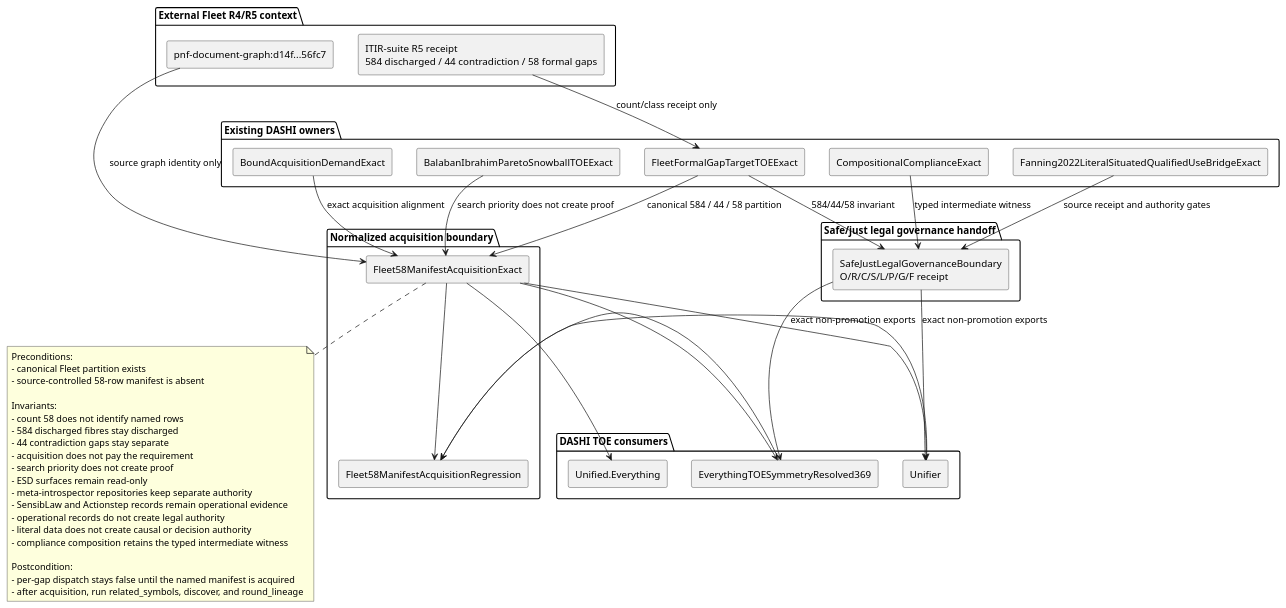
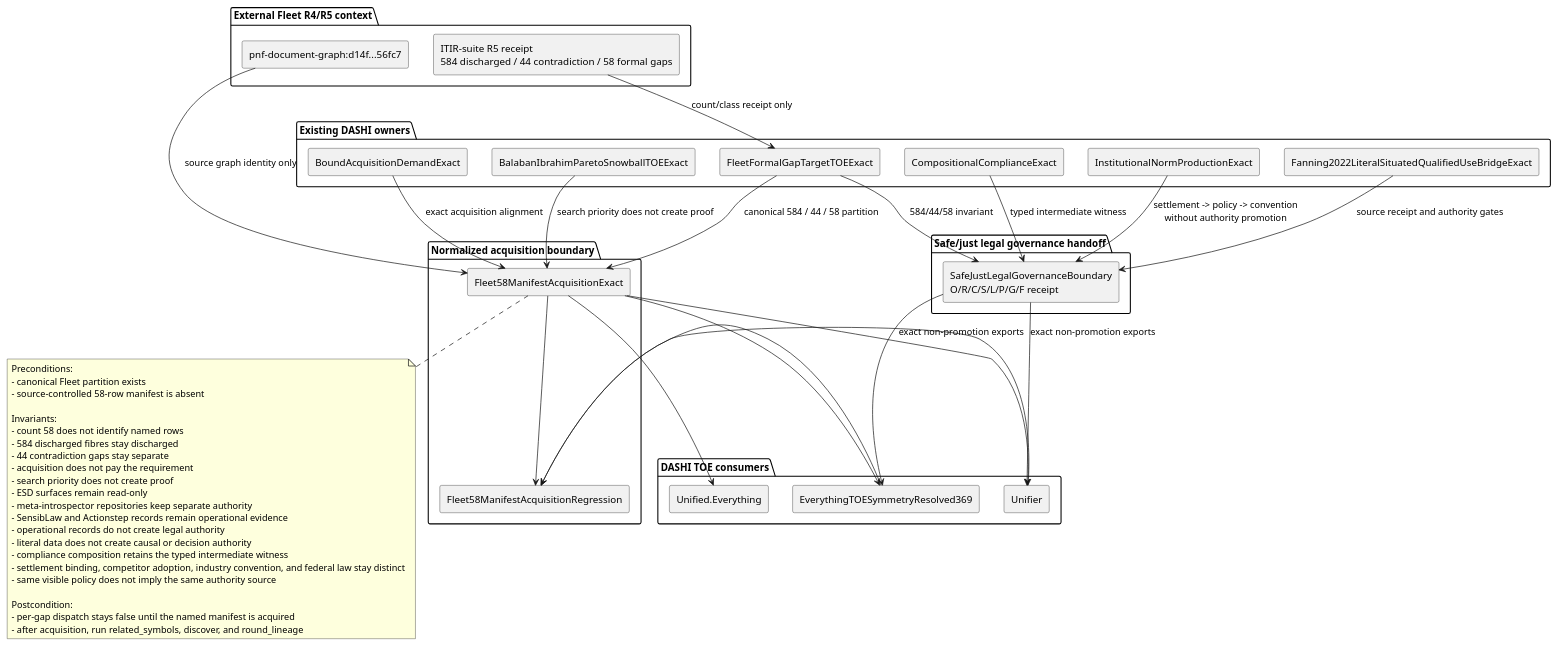
The diagram in Docs/architecture/Fleet58ManifestAcquisitionTOE.puml (chboishabba/dashi_agda), drawn with PlantUML before and after one commit.

Commit message:
Docs: keep institutional norm-transmission architecture in step

```diff
--- a/Docs/architecture/Fleet58ManifestAcquisitionTOE.puml
+++ b/Docs/architecture/Fleet58ManifestAcquisitionTOE.puml
@@ -1,73 +1,77 @@
 @startuml Fleet58ManifestAcquisitionTOE
 skinparam componentStyle rectangle
 
 package "External Fleet R4/R5 context" {
   component "ITIR-suite R5 receipt\n584 discharged / 44 contradiction / 58 formal gaps" as R5
   component "pnf-document-graph:d14f...56fc7" as Graph
 }
 
 package "Existing DASHI owners" {
   component "CompositionalComplianceExact" as Compliance
+  component "InstitutionalNormProductionExact" as NormProduction
   component "Fanning2022LiteralSituatedQualifiedUseBridgeExact" as FanningLiteral
   component "FleetFormalGapTargetTOEExact" as Fleet
   component "BoundAcquisitionDemandExact" as Bound
   component "BalabanIbrahimParetoSnowballTOEExact" as Pareto
 }
 
 package "Normalized acquisition boundary" {
   component "Fleet58ManifestAcquisitionExact" as Manifest
   component "Fleet58ManifestAcquisitionRegression" as Regression
 }
 
 package "Safe/just legal governance handoff" {
   component "SafeJustLegalGovernanceBoundary\nO/R/C/S/L/P/G/F receipt" as SafeJustLegal
 }
 
 package "DASHI TOE consumers" {
   component "EverythingTOESymmetryResolved369" as TOE
   component "Unifier" as Unifier
   component "Unified.Everything" as Unified
 }
 
 R5 --> Fleet : count/class receipt only
 Graph --> Manifest : source graph identity only
 Fleet --> Manifest : canonical 584 / 44 / 58 partition
 Bound --> Manifest : exact acquisition alignment
 Pareto --> Manifest : search priority does not create proof
 Compliance --> SafeJustLegal : typed intermediate witness
+NormProduction --> SafeJustLegal : settlement -> policy -> convention\nwithout authority promotion
 FanningLiteral --> SafeJustLegal : source receipt and authority gates
 Fleet --> SafeJustLegal : 584/44/58 invariant
 SafeJustLegal --> TOE : exact non-promotion exports
 SafeJustLegal --> Unifier : exact non-promotion exports
 
 Manifest --> TOE
 Manifest --> Unifier
 Manifest --> Unified
 Manifest --> Regression
 TOE --> Regression
 Unifier --> Regression
 
 note bottom of Manifest
 Preconditions:
 - canonical Fleet partition exists
 - source-controlled 58-row manifest is absent
 
 Invariants:
 - count 58 does not identify named rows
 - 584 discharged fibres stay discharged
 - 44 contradiction gaps stay separate
 - acquisition does not pay the requirement
 - search priority does not create proof
 - ESD surfaces remain read-only
 - meta-introspector repositories keep separate authority
 - SensibLaw and Actionstep records remain operational evidence
 - operational records do not create legal authority
 - literal data does not create causal or decision authority
 - compliance composition retains the typed intermediate witness
+- settlement binding, competitor adoption, industry convention, and federal law stay distinct
+- same visible policy does not imply the same authority source
 
 Postcondition:
 - per-gap dispatch stays false until the named manifest is acquired
 - after acquisition, run related_symbols, discover, and round_lineage
 end note
 
 @enduml
```
